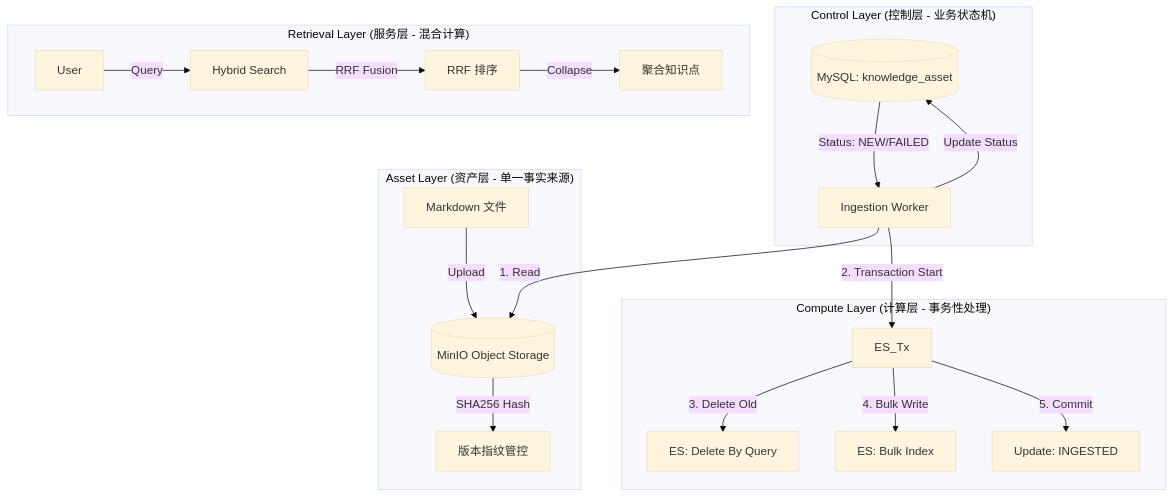
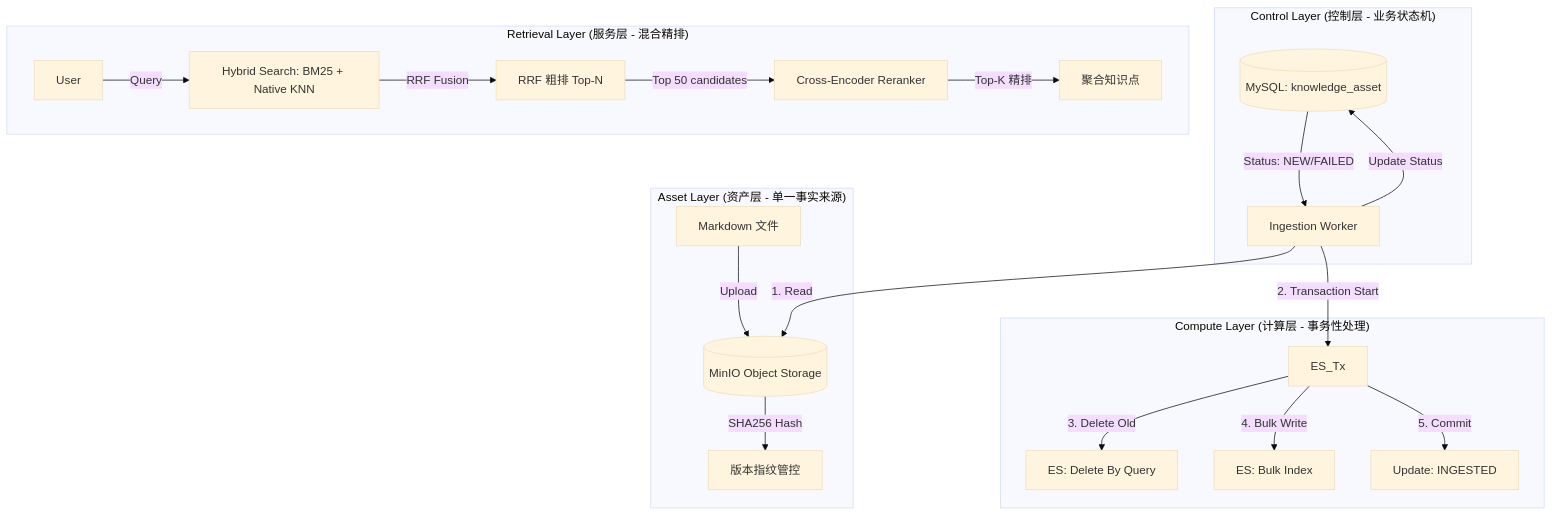
One commit to deyongTang/its_multi_agent changed the diagram in backend/knowledge/docs/System_Architecture.md. Above: the diagram before and after it, drawn with Mermaid (base theme). The commit also changed other lines of this file and 1 other file, not shown here.

````diff
--- a/backend/knowledge/docs/System_Architecture.md
+++ b/backend/knowledge/docs/System_Architecture.md
@@ -29,26 +29,27 @@
 ```mermaid
 graph TD
     subgraph "Asset Layer (资产层 - 单一事实来源)"
         RawFile[Markdown 文件] -->|Upload| OSS[(MinIO Object Storage)]
         OSS -->|SHA256 Hash| VersionControl[版本指纹管控]
     end
 
     subgraph "Control Layer (控制层 - 业务状态机)"
         MetaDB[(MySQL: knowledge_asset)] -->|Status: NEW/FAILED| Worker[Ingestion Worker]
         Worker -->|Update Status| MetaDB
     end
 
     subgraph "Compute Layer (计算层 - 事务性处理)"
         Worker -->|1. Read| OSS
         Worker -->|2. Transaction Start| ES_Tx
         ES_Tx -->|3. Delete Old| ES_Del[ES: Delete By Query]
         ES_Tx -->|4. Bulk Write| ES_Write[ES: Bulk Index]
         ES_Tx -->|5. Commit| MetaDB_Commit[Update: INGESTED]
     end
 
-    subgraph "Retrieval Layer (服务层 - 混合计算)"
-        User -->|Query| Hybrid[Hybrid Search]
-        Hybrid -->|RRF Fusion| Rank[RRF 排序]
-        Rank -->|Collapse| Result[聚合知识点]
+    subgraph "Retrieval Layer (服务层 - 混合精排)"
+        User -->|Query| Hybrid[Hybrid Search: BM25 + Native KNN]
+        Hybrid -->|RRF Fusion| Rank[RRF 粗排 Top-N]
+        Rank -->|Top 50 candidates| Reranker[Cross-Encoder Reranker]
+        Reranker -->|Top-K 精排| Result[聚合知识点]
     end
 ```
````
